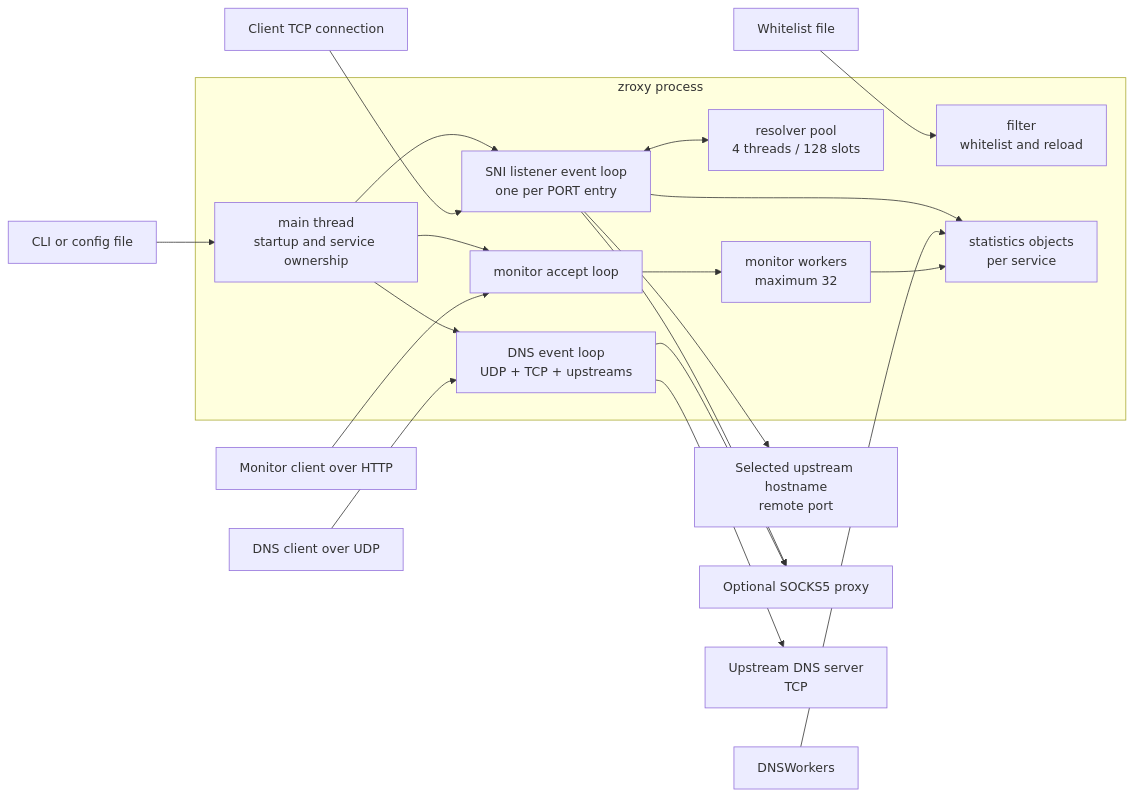
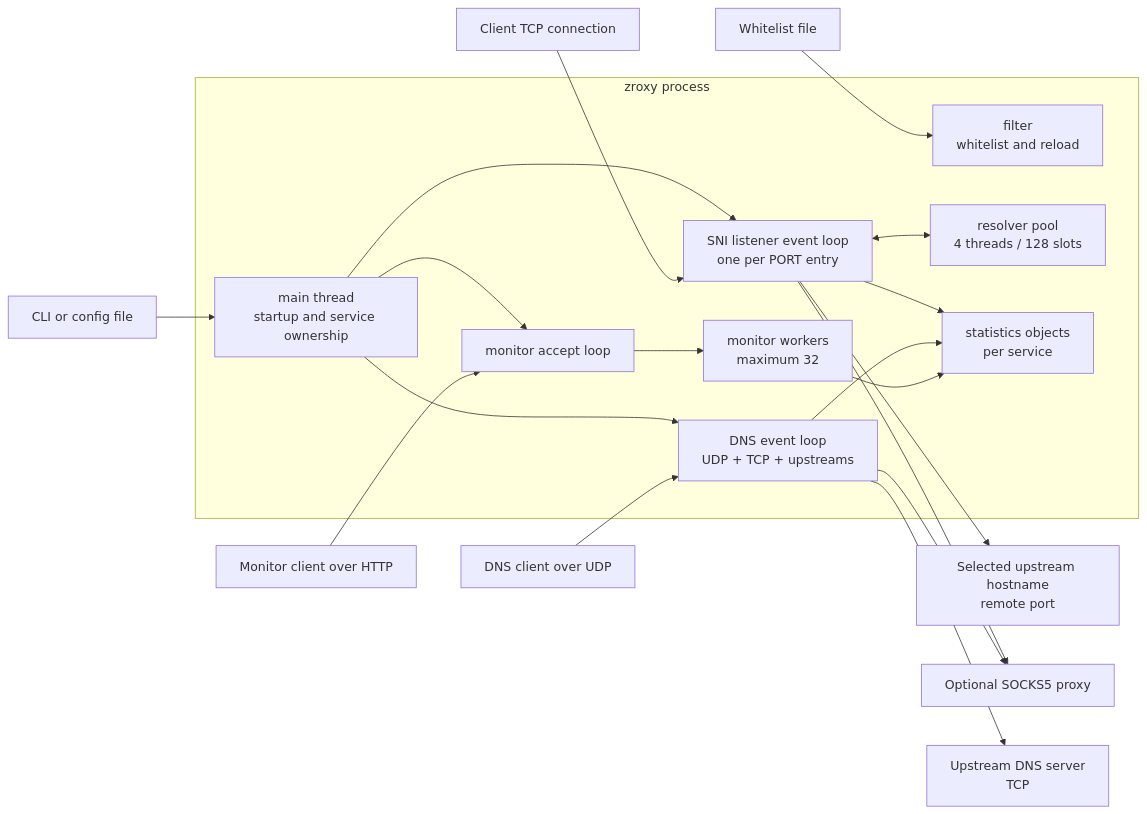
The first of 11 diagrams in ARCHITECTURE.md (0x7a657573/zroxy), drawn with Mermaid before and after one commit. The commit also changed other lines of this file and 1 other file, not shown here.

````diff
--- a/ARCHITECTURE.md
+++ b/ARCHITECTURE.md
@@ -93,41 +95,41 @@
 ```mermaid
 flowchart LR
     Client[Client TCP connection]
     DNSClient[DNS client over UDP]
     MonitorClient[Monitor client over HTTP]
     Config[CLI or config file]
     White[Whitelist file]
 
     subgraph Z[zroxy process]
         Main[main thread\nstartup and service ownership]
         Filter[filter\nwhitelist and reload]
         SNI[SNI listener event loop\none per PORT entry]
         Resolve[resolver pool\n4 threads / 128 slots]
         DNS[DNS event loop\nUDP + TCP + upstreams]
         Monitor[monitor accept loop]
         MonWorkers[monitor workers\nmaximum 32]
         Stats[statistics objects\nper service]
     end
 
     Upstream[Selected upstream hostname\nremote port]
     SOCKS[Optional SOCKS5 proxy]
     DNSUpstream[Upstream DNS server\nTCP]
 
     Config --> Main
     White --> Filter
     Main --> SNI
     Main --> DNS
     Main --> Monitor
     Client --> SNI
     DNSClient --> DNS
     MonitorClient --> Monitor
     SNI <--> Resolve
     SNI --> Upstream
     SNI --> SOCKS
     DNS --> DNSUpstream
     DNS --> SOCKS
     Monitor --> MonWorkers
     SNI --> Stats
-    DNSWorkers --> Stats
+    DNS --> Stats
     MonWorkers --> Stats
 ```
````
